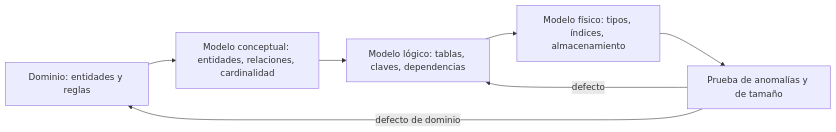
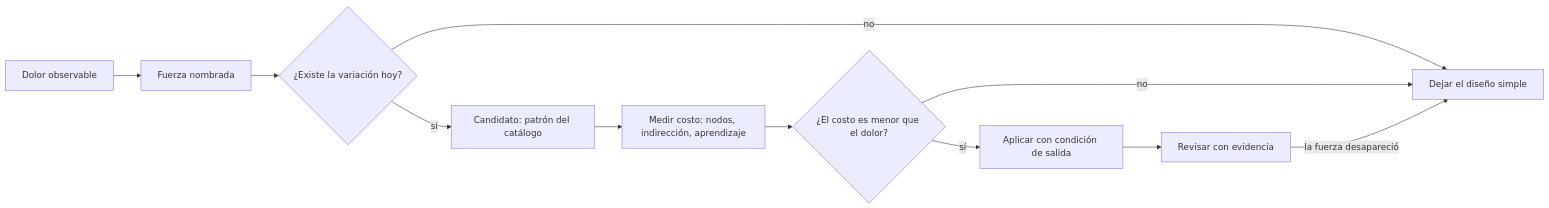
Before and after one commit to vladimiracunadev-create/modern-software-engineering-program: the diagram in content/part-26/SE-313.md, drawn with Mermaid. The commit also changed other lines of this file and 5193 other files, not shown here.

````diff
--- a/content/part-26/SE-313.md
+++ b/content/part-26/SE-313.md
@@ -54,9 +57,13 @@
 ```mermaid
 flowchart LR
-    A[Dominio: entidades y reglas] --> B[Modelo conceptual: entidades, relaciones, cardinalidad]
-    B --> C[Modelo lógico: tablas, claves, dependencias]
-    C --> D[Modelo físico: tipos, índices, almacenamiento]
-    D --> E[Prueba de anomalías y de tamaño]
-    E -->|defecto| C
-    E -->|defecto de dominio| A
+    A[Dolor observable] --> B[Fuerza nombrada]
+    B --> C{¿Existe la variación hoy?}
+    C -->|no| D[Dejar el diseño simple]
+    C -->|sí| E[Candidato: patrón del catálogo]
+    E --> F[Medir costo: nodos, indirección, aprendizaje]
+    F --> G{¿El costo es menor que el dolor?}
+    G -->|no| D
+    G -->|sí| H[Aplicar con condición de salida]
+    H --> I[Revisar con evidencia]
+    I -->|la fuerza desapareció| D
 ```
````
